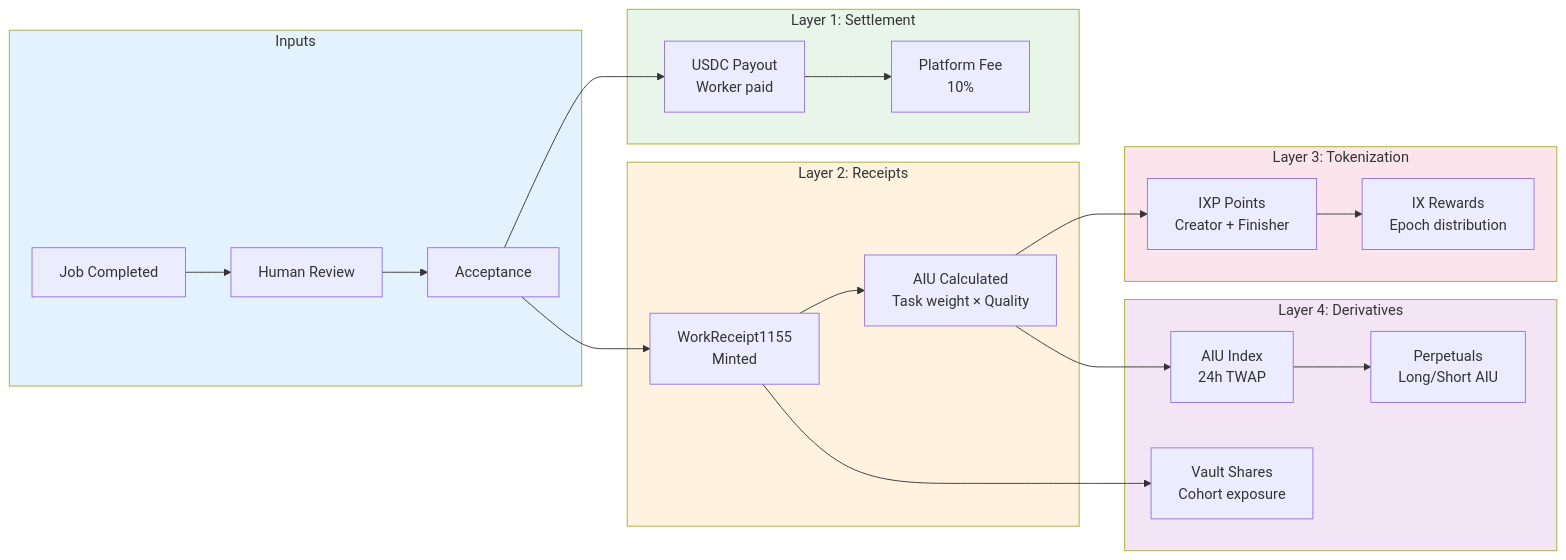
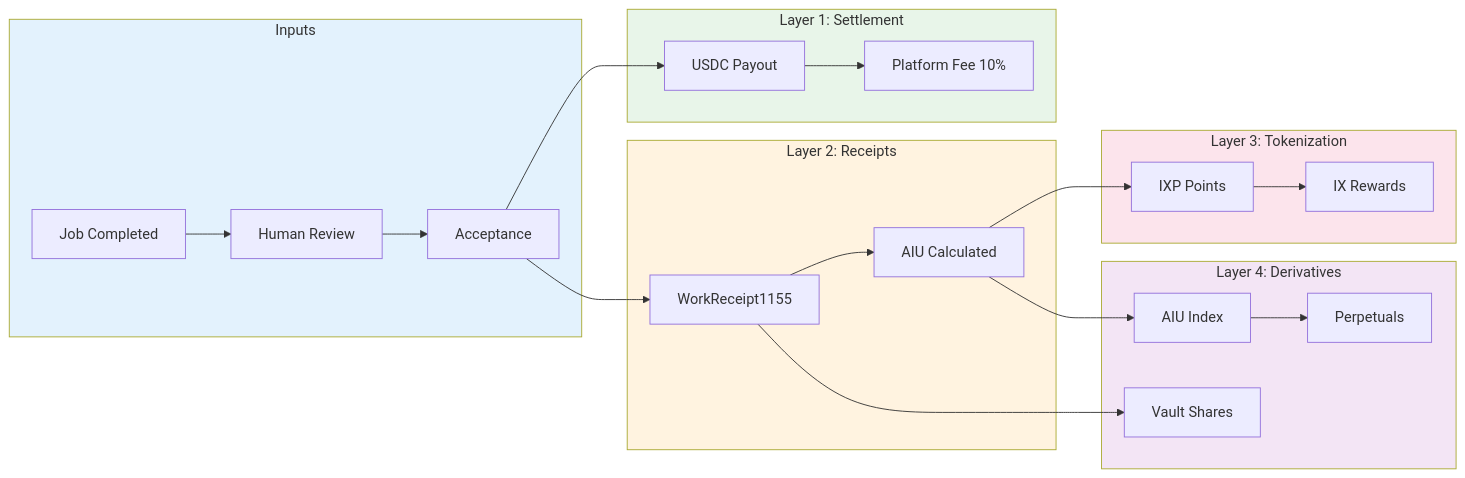
Before and after one commit to chimera-defi/ethglobal-cannes-2026-intelligence-exchange: the second of 4 diagrams in docs/architecture/intelligence-derivatives-evolution.md, drawn with Mermaid. The commit also changed other lines of this file and 4 other files, not shown here.

First line of the commit message:
fix: repair mermaid diagrams for GitHub rendering

````diff
--- a/docs/architecture/intelligence-derivatives-evolution.md
+++ b/docs/architecture/intelligence-derivatives-evolution.md
@@ -54,42 +54,42 @@
 ```mermaid
 flowchart LR
     subgraph Inputs["Inputs"]
         Job["Job Completed"]
         Review["Human Review"]
         Accept["Acceptance"]
     end
 
     subgraph Layer1["Layer 1: Settlement"]
-        Stable["USDC Payout<br/>Worker paid"]
-        Fee["Platform Fee<br/>10%"]
+        Stable["USDC Payout"]
+        Fee["Platform Fee 10%"]
     end
 
     subgraph Layer2["Layer 2: Receipts"]
-        Receipt["WorkReceipt1155<br/>Minted"]
-        AIU["AIU Calculated<br/>Task weight × Quality"]
+        Receipt["WorkReceipt1155"]
+        AIU["AIU Calculated"]
     end
 
     subgraph Layer3["Layer 3: Tokenization"]
-        IXP["IXP Points<br/>Creator + Finisher"]
-        IX["IX Rewards<br/>Epoch distribution"]
+        IXP["IXP Points"]
+        IX["IX Rewards"]
     end
 
     subgraph Layer4["Layer 4: Derivatives"]
-        Index["AIU Index<br/>24h TWAP"]
-        Perp["Perpetuals<br/>Long/Short AIU"]
-        Vault["Vault Shares<br/>Cohort exposure"]
+        Index["AIU Index"]
+        Perp["Perpetuals"]
+        Vault["Vault Shares"]
     end
 
     Job --> Review --> Accept
     Accept --> Stable --> Fee
     Accept --> Receipt --> AIU
     AIU --> IXP --> IX
     AIU --> Index --> Perp
     Receipt --> Vault
 
     style Inputs fill:#e3f2fd
     style Layer1 fill:#e8f5e9
     style Layer2 fill:#fff3e0
     style Layer3 fill:#fce4ec
     style Layer4 fill:#f3e5f5
 ```
````
